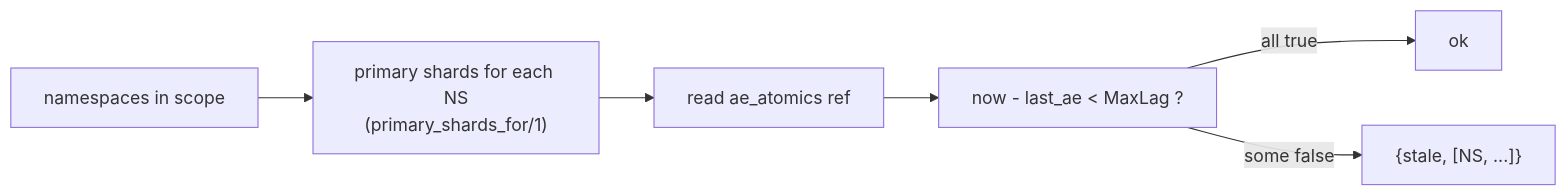
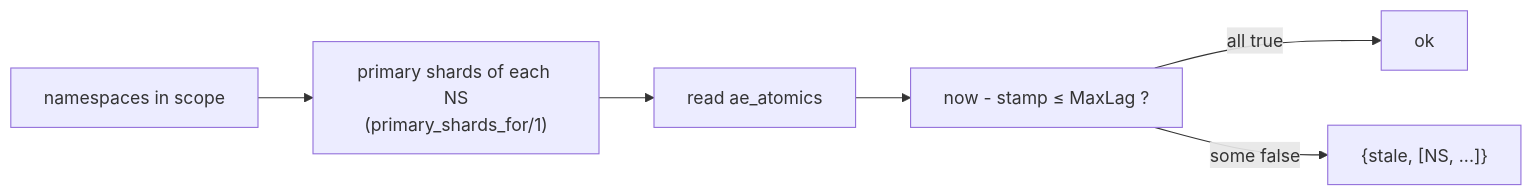
Before and after one commit to bondy-io/bondy: the fifth of 7 diagrams in apps/bondy_db/doc_extras/architecture/03_bondy_db.md, drawn with Mermaid. The commit also changed other lines of this file and 449 other files, not shown here.

````diff
--- a/apps/bondy_db/doc_extras/architecture/03_bondy_db.md
+++ b/apps/bondy_db/doc_extras/architecture/03_bondy_db.md
@@ -300,8 +249,8 @@
 ```mermaid
 flowchart LR
-    NS[namespaces in scope] --> SHARDS["primary shards for each NS<br/>(primary_shards_for/1)"]
-    SHARDS --> READA["read ae_atomics ref"]
-    READA --> CHECK["now - last_ae < MaxLag ?"]
+    NS[namespaces in scope] --> SHARDS["primary shards of each NS<br/>(primary_shards_for/1)"]
+    SHARDS --> READA["read ae_atomics"]
+    READA --> CHECK["now - stamp ≤ MaxLag ?"]
     CHECK -->|all true| OK[ok]
     CHECK -->|some false| STALE["{stale, [NS, ...]}"]
 ```
````
